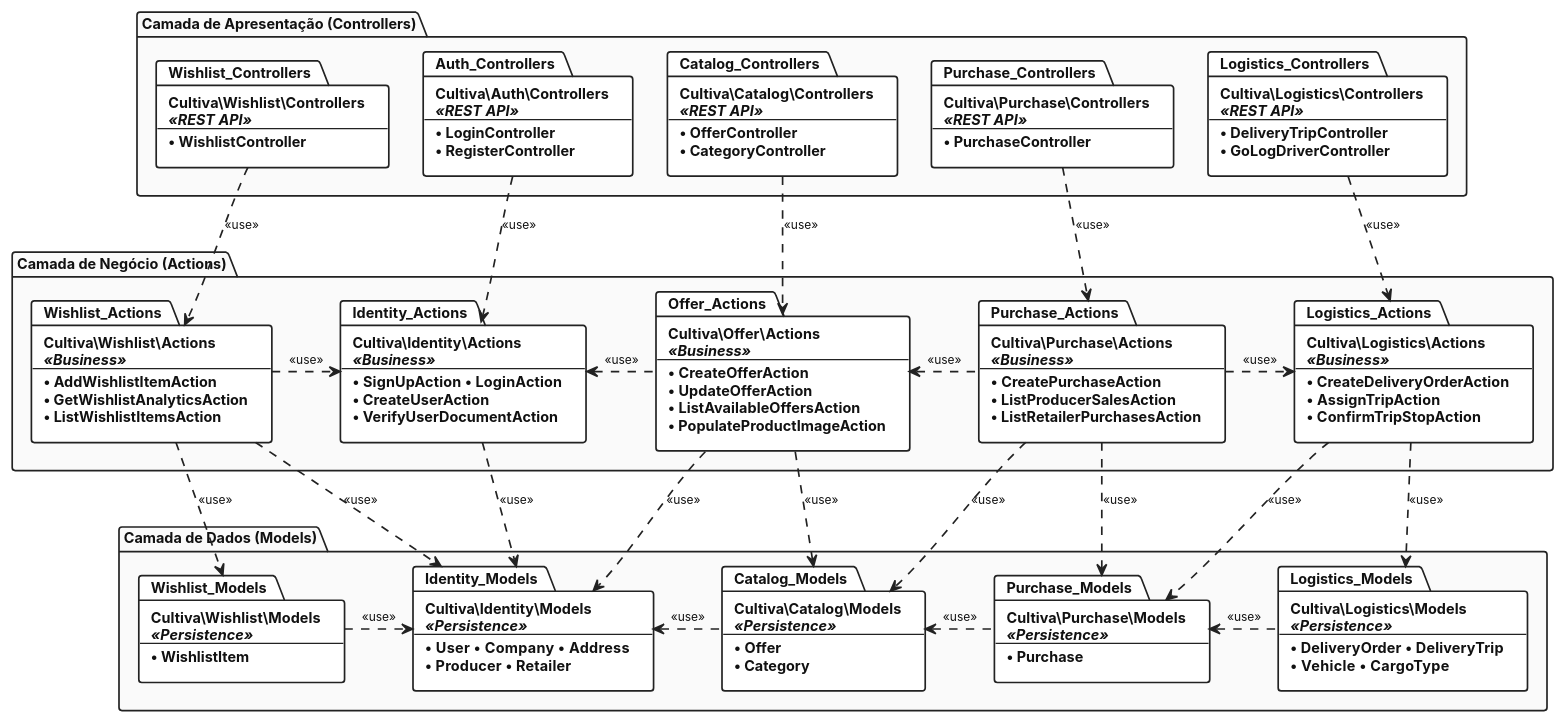
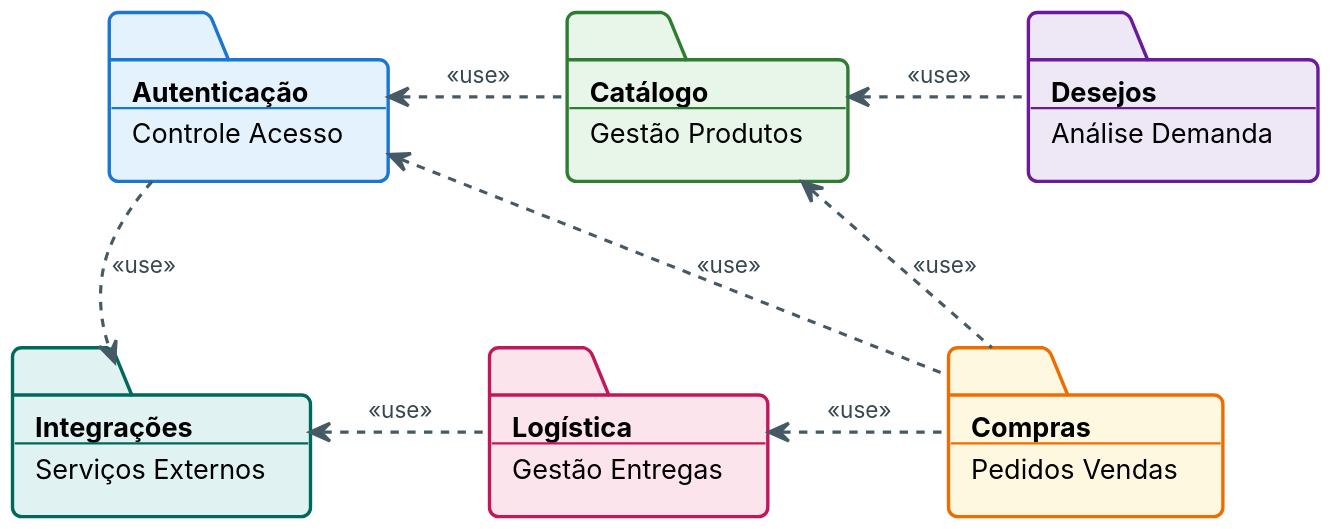
The diagram in documents/UML/diagrama_pacote/geral.puml (nahel-argama/cultiva), drawn with PlantUML before and after one commit. The commit also changed 1 other file, not shown here.

Commit message:
update package diagram

```diff
--- a/documents/UML/diagrama_pacote/geral.puml
+++ b/documents/UML/diagrama_pacote/geral.puml
@@ -1,219 +1,57 @@
 @startuml geral
-skinparam monochrome true
+skinparam dpi 180
 skinparam shadowing false
-skinparam packageStyle folder
-skinparam defaultFontName "Inter", "Segoe UI", "Helvetica Neue", Arial, sans-serif
-skinparam defaultFontSize 11
-skinparam nodesep 28
-skinparam ranksep 65
+skinparam roundCorner 8
+skinparam defaultFontName "Inter", "Segoe UI", Arial, sans-serif
+skinparam defaultFontSize 12
+skinparam nodesep 50
+skinparam ranksep 60
 skinparam arrowThickness 1.4
-skinparam ArrowColor #222222
-skinparam ArrowFontColor #111111
+skinparam ArrowColor #455A64
+skinparam ArrowFontColor #37474F
 skinparam ArrowFontSize 10
 
-skinparam package {
-    BackgroundColor #FFFFFF
-    BorderColor #222222
-    FontColor #111111
-    FontName "Inter", "Segoe UI", "Helvetica Neue", Arial, sans-serif
-    FontSize 12
-    FontStyle bold
-    BorderThickness 1.4
-}
-
-top to bottom direction
-
-' ============================================================================
-' 1. CAMADA DE APRESENTAÇÃO (CONTROLLERS)
-' ============================================================================
-package "Camada de Apresentação (Controllers)" as Presentation #FAFAFA {
-
-    package Wishlist_Controllers [
-    <b>Cultiva\Wishlist\Controllers</b>
-    <i>«REST API»</i>
-    --
-    • WishlistController
-    ]
-
-    package Auth_Controllers [
-    <b>Cultiva\Auth\Controllers</b>
-    <i>«REST API»</i>
-    --
-    • LoginController
-    • RegisterController
-    ]
-
-    package Catalog_Controllers [
-    <b>Cultiva\Catalog\Controllers</b>
-    <i>«REST API»</i>
-    --
-    • OfferController
-    • CategoryController
-    ]
-
-    package Purchase_Controllers [
-    <b>Cultiva\Purchase\Controllers</b>
-    <i>«REST API»</i>
-    --
-    • PurchaseController
-    ]
-
-    package Logistics_Controllers [
-    <b>Cultiva\Logistics\Controllers</b>
-    <i>«REST API»</i>
-    --
-    • DeliveryTripController
-    • GoLogDriverController
-    ]
-
-    Wishlist_Controllers -[hidden]right-> Auth_Controllers
-    Auth_Controllers -[hidden]right-> Catalog_Controllers
-    Catalog_Controllers -[hidden]right-> Purchase_Controllers
-    Purchase_Controllers -[hidden]right-> Logistics_Controllers
+skinparam folder {
+    BorderThickness 1.5
 }
 
 ' ============================================================================
-' 2. CAMADA DE NEGÓCIO (ACTIONS)
+' PASTAS ABSTRATAS DE DOMÍNIO (MÓDULOS PRINCIPAIS)
 ' ============================================================================
-package "Camada de Negócio (Actions)" as Business #FAFAFA {
 
-    package Wishlist_Actions [
-    <b>Cultiva\Wishlist\Actions</b>
-    <i>«Business»</i>
-    --
-    • AddWishlistItemAction
-    • GetWishlistAnalyticsAction
-    • ListWishlistItemsAction
-    ]
+' Linha Superior (Acesso, Catálogo e Demanda)
+folder "<b>Autenticação</b>\n----\nControle Acesso" as Auth #E3F2FD;line:1976D2
+folder "<b>Catálogo</b>\n----\nGestão Produtos" as Catalog #E8F5E9;line:2E7D32
+folder "<b>Desejos</b>\n----\nAnálise Demanda" as Wishlist #EDE7F6;line:6A1B9A
 
-    package Identity_Actions [
-    <b>Cultiva\Identity\Actions</b>
-    <i>«Business»</i>
-    --
-    • SignUpAction  • LoginAction
-    • CreateUserAction
-    • VerifyUserDocumentAction
-    ]
-
-    package Offer_Actions [
-    <b>Cultiva\Offer\Actions</b>
-    <i>«Business»</i>
-    --
-    • CreateOfferAction
-    • UpdateOfferAction
-    • ListAvailableOffersAction
-    • PopulateProductImageAction
-    ]
-
-    package Purchase_Actions [
-    <b>Cultiva\Purchase\Actions</b>
-    <i>«Business»</i>
-    --
-    • CreatePurchaseAction
-    • ListProducerSalesAction
-    • ListRetailerPurchasesAction
-    ]
-
-    package Logistics_Actions [
-    <b>Cultiva\Logistics\Actions</b>
-    <i>«Business»</i>
-    --
-    • CreateDeliveryOrderAction
-    • AssignTripAction
-    • ConfirmTripStopAction
-    ]
-
-    Wishlist_Actions -[hidden]right-> Identity_Actions
-    Identity_Actions -[hidden]right-> Offer_Actions
-    Offer_Actions -[hidden]right-> Purchase_Actions
-    Purchase_Actions -[hidden]right-> Logistics_Actions
-}
+' Linha Inferior (Operação, Fulfillment e Integração Externa)
+folder "<b>Integrações</b>\n----\nServiços Externos" as Integrations #E0F2F1;line:00695C
+folder "<b>Logística</b>\n----\nGestão Entregas" as Logistics #FCE4EC;line:C2185B
+folder "<b>Compras</b>\n----\nPedidos Vendas" as Purchase #FFF8E1;line:EF6C00
 
 ' ============================================================================
-' 3. CAMADA DE DADOS (MODELS)
+' ALINHAMENTO ESTRUTURAL DA GRADE
 ' ============================================================================
-package "Camada de Dados (Models)" as Data #FAFAFA {
+Auth -[hidden]right-> Catalog
+Catalog -[hidden]right-> Wishlist
 
-    package Wishlist_Models [
-    <b>Cultiva\Wishlist\Models</b>
-    <i>«Persistence»</i>
-    --
-    • WishlistItem
-    ]
+Integrations -[hidden]right-> Logistics
+Logistics -[hidden]right-> Purchase
 
-    package Identity_Models [
-    <b>Cultiva\Identity\Models</b>
-    <i>«Persistence»</i>
-    --
-    • User  • Company  • Address
-    • Producer  • Retailer
-    ]
-
-    package Catalog_Models [
-    <b>Cultiva\Catalog\Models</b>
-    <i>«Persistence»</i>
-    --
-    • Offer
-    • Category
-    ]
-
-    package Purchase_Models [
-    <b>Cultiva\Purchase\Models</b>
-    <i>«Persistence»</i>
-    --
-    • Purchase
-    ]
-
-    package Logistics_Models [
-    <b>Cultiva\Logistics\Models</b>
-    <i>«Persistence»</i>
-    --
-    • DeliveryOrder  • DeliveryTrip
-    • Vehicle  • CargoType
-    ]
-
-    Wishlist_Models -[hidden]right-> Identity_Models
-    Identity_Models -[hidden]right-> Catalog_Models
-    Catalog_Models -[hidden]right-> Purchase_Models
-    Purchase_Models -[hidden]right-> Logistics_Models
-}
+Auth -[hidden]down-> Integrations
+Catalog -[hidden]down-> Logistics
+Wishlist -[hidden]down-> Purchase
 
 ' ============================================================================
-' RELAÇÕES DE USO: APRESENTAÇÃO -> NEGÓCIO
+' RELAÇÕES DE USO E DEPENDÊNCIA (PADRÃO OFICIAL UML 2.5: <<use>>)
 ' ============================================================================
-Wishlist_Controllers ..> Wishlist_Actions : <<use>>
-Auth_Controllers ..> Identity_Actions : <<use>>
-Catalog_Controllers ..> Offer_Actions : <<use>>
-Purchase_Controllers ..> Purchase_Actions : <<use>>
-Logistics_Controllers ..> Logistics_Actions : <<use>>
+Catalog .left.> Auth : <<use>>
+Wishlist .left.> Catalog : <<use>>
+Auth .down.> Integrations : <<use>>
 
-' ============================================================================
-' RELAÇÕES DE USO ENTRE REGRAS DE NEGÓCIO (ACTIONS -> ACTIONS)
-' ============================================================================
-Wishlist_Actions .right.> Identity_Actions : <<use>>
-Offer_Actions .left.> Identity_Actions : <<use>>
-Purchase_Actions .left.> Offer_Actions : <<use>>
-Purchase_Actions .right.> Logistics_Actions : <<use>>
-
-' ============================================================================
-' RELAÇÕES DE USO: NEGÓCIO -> DADOS
-' ============================================================================
-Wishlist_Actions ..> Wishlist_Models : <<use>>
-Wishlist_Actions ..> Identity_Models : <<use>>
-Identity_Actions ..> Identity_Models : <<use>>
-Offer_Actions ..> Catalog_Models : <<use>>
-Offer_Actions ..> Identity_Models : <<use>>
-Purchase_Actions ..> Purchase_Models : <<use>>
-Purchase_Actions ..> Catalog_Models : <<use>>
-Logistics_Actions ..> Logistics_Models : <<use>>
-Logistics_Actions ..> Purchase_Models : <<use>>
-
-' ============================================================================
-' RELAÇÕES ESTRUTURAIS ENTRE MODELOS DE DADOS (MODELS -> MODELS)
-' ============================================================================
-Wishlist_Models .right.> Identity_Models : <<use>>
-Catalog_Models .left.> Identity_Models : <<use>>
-Purchase_Models .left.> Catalog_Models : <<use>>
-Logistics_Models .left.> Purchase_Models : <<use>>
+Purchase .up.> Catalog : <<use>>
+Purchase .left.> Logistics : <<use>>
+Logistics .left.> Integrations : <<use>>
+Purchase .up.> Auth : <<use>>
 
 @enduml
```
